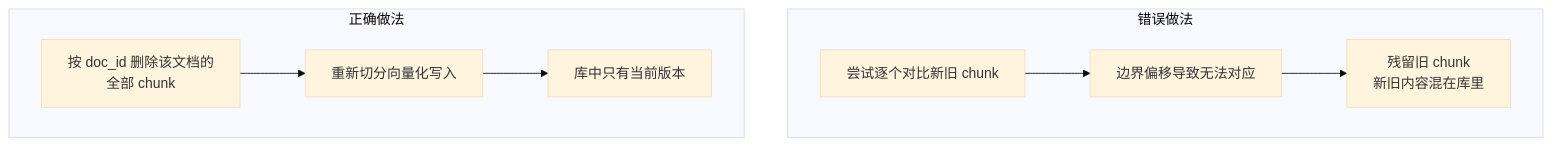
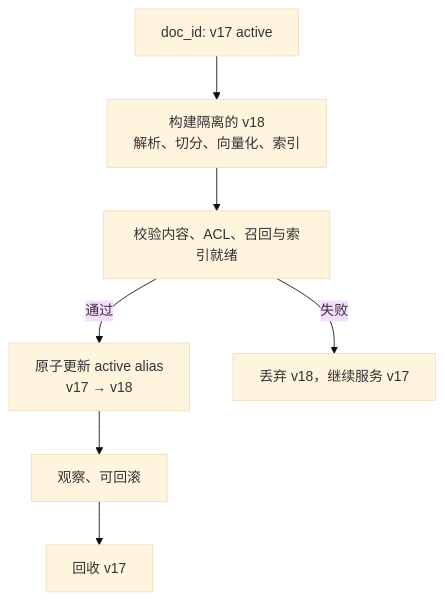
One commit to oneleaveknowsthefall/awesome-ai-roadmap changed the second of 3 diagrams in docs/rag/19-dynamic-update.md. Above: the diagram before and after it, drawn with Mermaid (base theme). The commit also changed other lines of this file and 77 other files, not shown here.

Commit message:
docs: audit and modernize the AI roadmap

````diff
--- a/docs/rag/19-dynamic-update.md
+++ b/docs/rag/19-dynamic-update.md
@@ -51,11 +48,9 @@
 ```mermaid
 flowchart TB
-    subgraph 错误做法
-        A1[尝试逐个对比新旧 chunk] --> A2[边界偏移导致无法对应]
-        A2 --> A3[残留旧 chunk<br/>新旧内容混在库里]
-    end
-    subgraph 正确做法
-        B1[按 doc_id 删除该文档的<br/>全部 chunk] --> B2[重新切分向量化写入]
-        B2 --> B3[库中只有当前版本]
-    end
+    A[doc_id: v17 active] --> B[构建隔离的 v18<br/>解析、切分、向量化、索引]
+    B --> C[校验内容、ACL、召回与索引就绪]
+    C -->|通过| D[原子更新 active alias<br/>v17 → v18]
+    C -->|失败| E[丢弃 v18，继续服务 v17]
+    D --> F[观察、可回滚]
+    F --> G[回收 v17]
 ```
````
